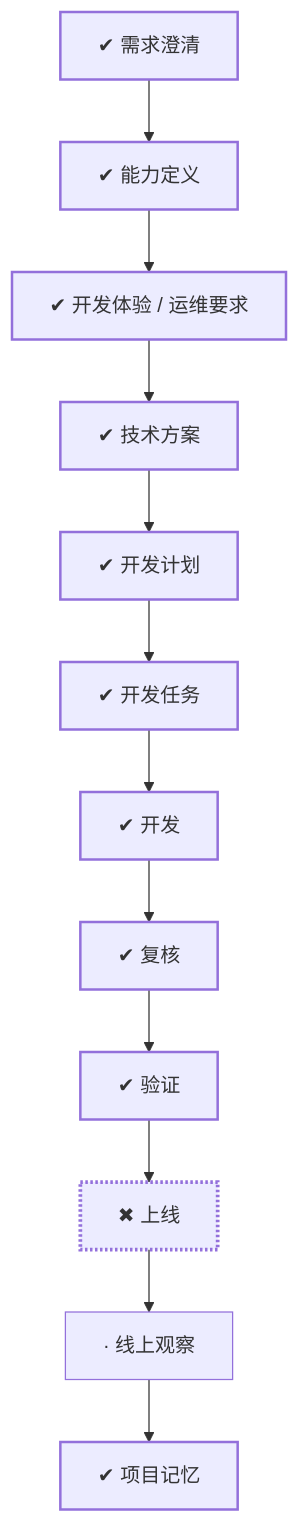
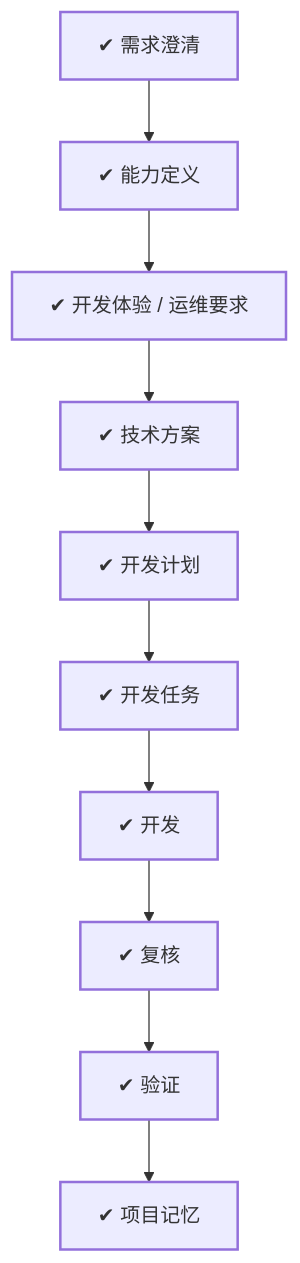
Before and after one commit to charon2121/cherry-oj: the diagram in development/works/WORK-008/00-work.md, drawn with Mermaid. The commit also changed other lines of this file and 85 other files, not shown here.

````diff
--- a/development/works/WORK-008/00-work.md
+++ b/development/works/WORK-008/00-work.md
@@ -37,22 +37,19 @@
 ```mermaid
 flowchart TD
     clarify["✔ 需求澄清"]
     definition["✔ 能力定义"]
     experience["✔ 开发体验 / 运维要求"]
     design["✔ 技术方案"]
     plan["✔ 开发计划"]
     tasks["✔ 开发任务"]
     development["✔ 开发"]
     review["✔ 复核"]
     verification["✔ 验证"]
-    release["✖ 上线"]
-    observe["· 线上观察"]
     memory["✔ 项目记忆"]
-    clarify --> definition --> experience --> design --> plan --> tasks --> development --> review --> verification --> release --> observe --> memory
+    clarify --> definition --> experience --> design --> plan --> tasks --> development --> review --> verification --> memory
     classDef done stroke-width:2px
     classDef doing stroke-width:3px
     classDef skipped stroke-dasharray:4 3
     classDef blocked stroke-width:3px,stroke-dasharray:2 2
     class clarify,definition,experience,design,plan,tasks,development,review,verification,memory done
-    class release blocked
 ```
````
